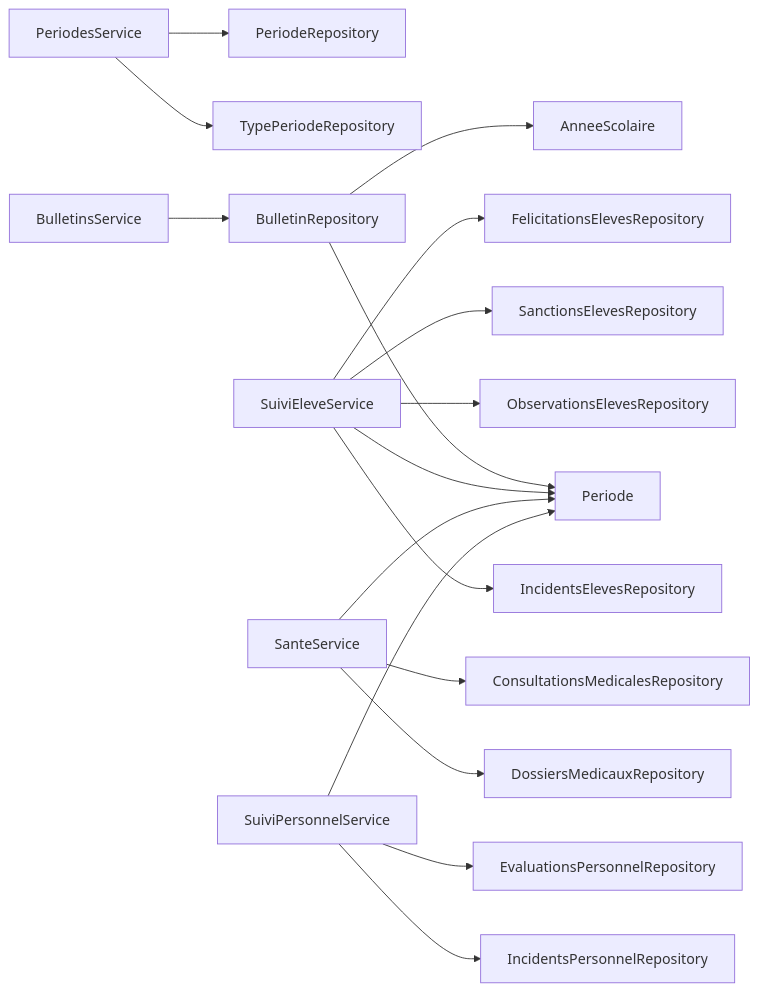
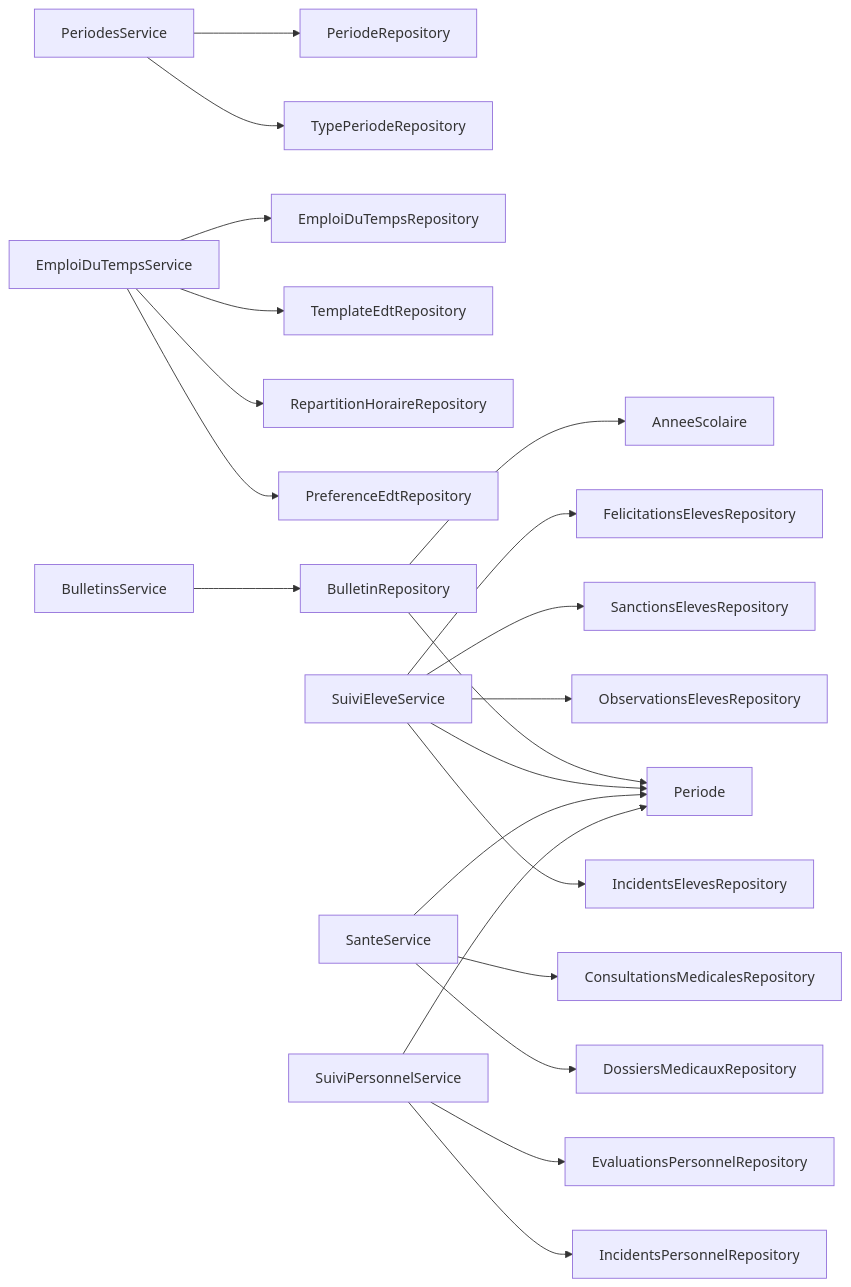
The sixth of 6 diagrams in .qoder/repowiki/en/content/Modules & Features/Academic Modules/Academic Periods & Scheduling.md (franckylab/eLISAschool), drawn with Mermaid before and after one commit. The commit also changed other lines of this file and 53 other files, not shown here.

````diff
--- a/.qoder/repowiki/en/content/Modules & Features/Academic Modules/Academic Periods & Scheduling.md
+++ b/.qoder/repowiki/en/content/Modules & Features/Academic Modules/Academic Periods & Scheduling.md
@@ -545,19 +774,23 @@
 ```mermaid
 graph LR
 PS["PeriodesService"] --> PR["PeriodeRepository"]
 PS --> TR["TypePeriodeRepository"]
+EDTS["EmploiDuTempsService"] --> EDTRepo["EmploiDuTempsRepository"]
+EDTS --> TemplateRepo["TemplateEdtRepository"]
+EDTS --> RHRepo["RepartitionHoraireRepository"]
+EDTS --> PETRepo["PreferenceEdtRepository"]
 BS["BulletinsService"] --> BR["BulletinRepository"]
 BR --> P["Periode"]
 BR --> AS["AnneeScolaire"]
 SES["SuiviEleveService"] --> IE["IncidentsElevesRepository"]
 SES --> OE["ObservationsElevesRepository"]
 SES --> SE["SanctionsElevesRepository"]
 SES --> FE["FelicitationsElevesRepository"]
 SES --> P
 SS["SanteService"] --> DM["DossiersMedicauxRepository"]
 SS --> CM["ConsultationsMedicalesRepository"]
 SS --> P
 SPS["SuiviPersonnelService"] --> IP["IncidentsPersonnelRepository"]
 SPS --> EP["EvaluationsPersonnelRepository"]
 SPS --> P
 ```
````
